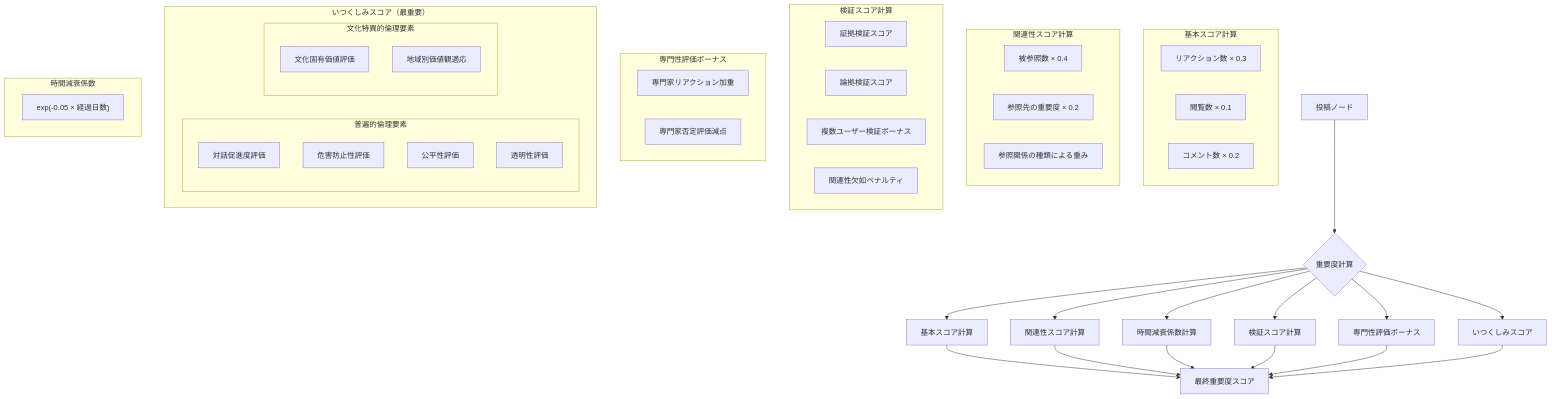
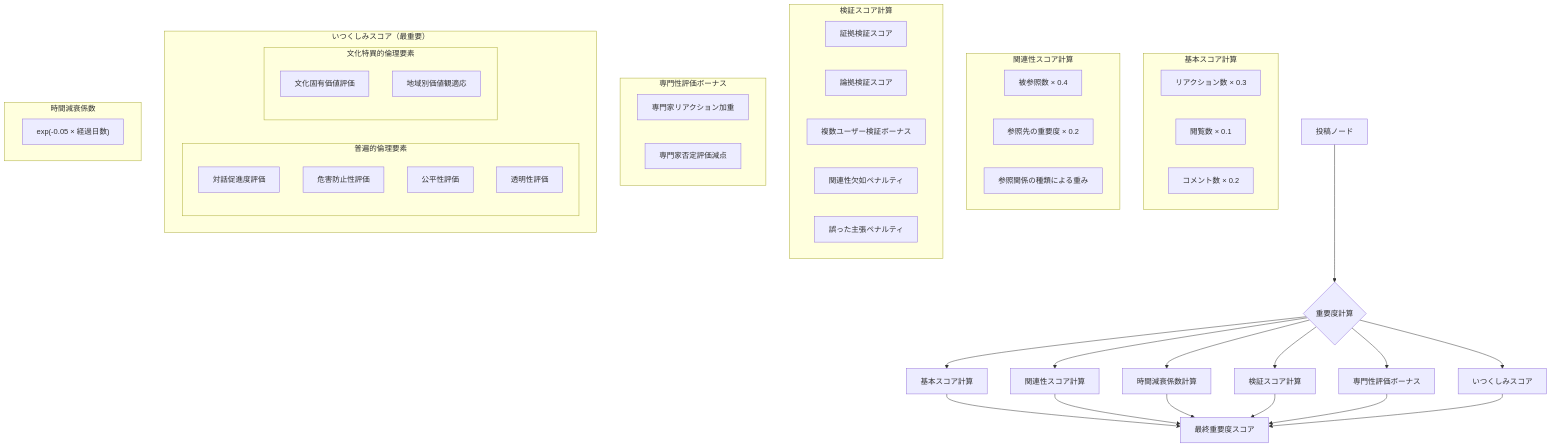
One commit to sika7/kagami changed the sixth of 9 diagrams in specs/architecture.md. Above: the diagram before and after it, drawn with Mermaid. The commit also changed other lines of this file, not shown here.

First line of the commit message:
ノード重要度計算アルゴリズムに「誤った主張ペナルティ」を追加

````diff
--- a/specs/architecture.md
+++ b/specs/architecture.md
@@ -441,57 +441,58 @@
 ```mermaid
 flowchart TD
     A[投稿ノード] --> B{重要度計算}
     B --> C[基本スコア計算]
     B --> D[関連性スコア計算]
     B --> E[時間減衰係数計算]
     B --> V[検証スコア計算]
     B --> X[専門性評価ボーナス]
     B --> Y[いつくしみスコア]
     C --> F[最終重要度スコア]
     D --> F
     E --> F
     V --> F
     X --> F
     Y --> F
     
     subgraph basic["基本スコア計算"]
         C1["リアクション数 × 0.3"]
         C2["閲覧数 × 0.1"]
         C3["コメント数 × 0.2"]
     end
     
     subgraph relation["関連性スコア計算"]
         D1["被参照数 × 0.4"]
         D2["参照先の重要度 × 0.2"]
         D3["参照関係の種類による重み"]
     end
     
     subgraph verification["検証スコア計算"]
         V1["証拠検証スコア"]
         V2["論拠検証スコア"]
         V3["複数ユーザー検証ボーナス"]
         V4["関連性欠如ペナルティ"]
+        V5["誤った主張ペナルティ"]
     end
     
     subgraph expertise["専門性評価ボーナス"]
         X1["専門家リアクション加重"]
         X2["専門家否定評価減点"]
     end
     
     subgraph ethics["いつくしみスコア（最重要）"]
         subgraph universal["普遍的倫理要素"]
             Y1["対話促進度評価"]
             Y2["危害防止性評価"]
             Y3["公平性評価"]
             Y4["透明性評価"]
         end
         subgraph cultural["文化特異的倫理要素"]
             Y5["文化固有価値評価"]
             Y6["地域別価値観適応"]
         end
     end
     
     subgraph time["時間減衰係数"]
         E1["exp(-0.05 × 経過日数)"]
     end
 ```
````
